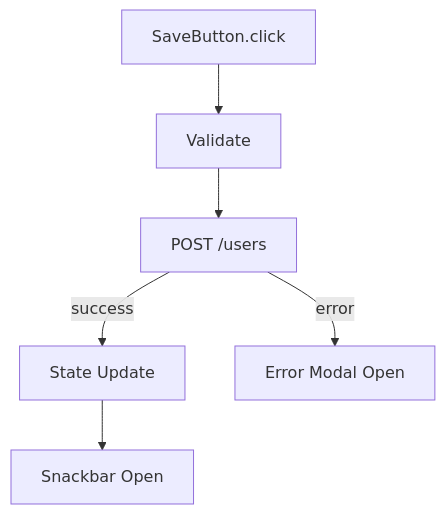
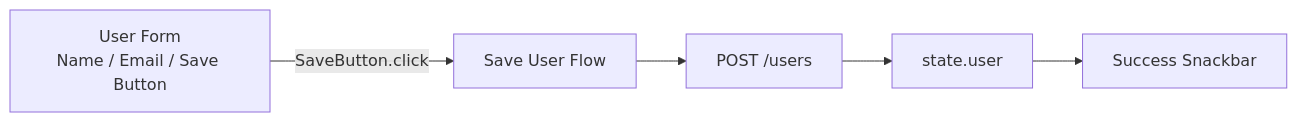
Before and after one commit to northwest-hcu/FlagShip: the second of 6 diagrams in docs/architecture/01-product-overview.md, drawn with Mermaid. The commit also changed other lines of this file and 11 other files, not shown here.

Commit message:
docs: align architecture with component ownership model

````diff
--- a/docs/architecture/01-product-overview.md
+++ b/docs/architecture/01-product-overview.md
@@ -665,8 +47,13 @@
 ```mermaid
-flowchart TD
-    Click["SaveButton.click"] --> Validate
-    Validate --> Request["POST /users"]
-    Request -->|"success"| State["State Update"]
-    State --> Snackbar["Snackbar Open"]
-    Request -->|"error"| Modal["Error Modal Open"]
+flowchart LR
+    Form["User Form<br/>Name / Email / Save Button"]
+    Save["Save User Flow"]
+    API["POST /users"]
+    State["state.user"]
+    Notice["Success Snackbar"]
+
+    Form -->|"SaveButton.click"| Save
+    Save --> API
+    API --> State
+    State --> Notice
 ```
````
